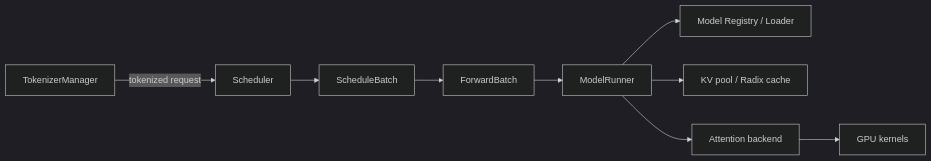
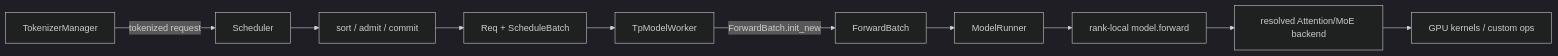
One commit to OnlyHero5/sglang-reading-vault changed the third of 6 diagrams in sglang_reading/导读与总览/SGLang-模块依赖图.md. Above: the diagram before and after it, drawn with Mermaid (dark theme). The commit also changed other lines of this file and 512 other files, not shown here.

````diff
--- a/sglang_reading/导读与总览/SGLang-模块依赖图.md
+++ b/sglang_reading/导读与总览/SGLang-模块依赖图.md
@@ -64,11 +79,12 @@
 ```mermaid
 flowchart LR
     TM["TokenizerManager"] -->|"tokenized request"| SCH["Scheduler"]
-    SCH --> BATCH["ScheduleBatch"]
-    BATCH --> FB["ForwardBatch"]
+    SCH --> POLICY["sort / admit / commit"]
+    POLICY --> BATCH["Req + ScheduleBatch"]
+    BATCH --> TPW["TpModelWorker"]
+    TPW -->|"ForwardBatch.init_new"| FB["ForwardBatch"]
     FB --> MR["ModelRunner"]
-    MR --> REG["Model Registry / Loader"]
-    MR --> KV["KV pool / Radix cache"]
-    MR --> AB["Attention backend"]
-    AB --> OP["GPU kernels"]
+    MR --> MODEL["rank-local model.forward"]
+    MODEL --> AB["resolved Attention/MoE backend"]
+    AB --> OP["GPU kernels / custom ops"]
 ```
````
